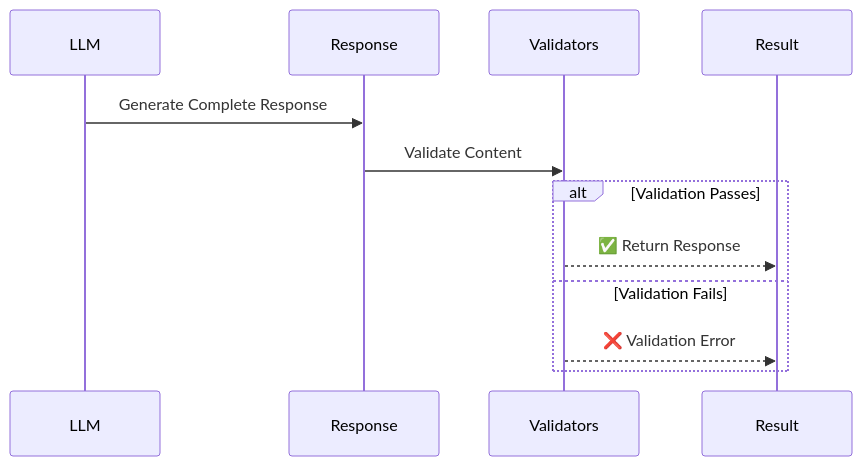
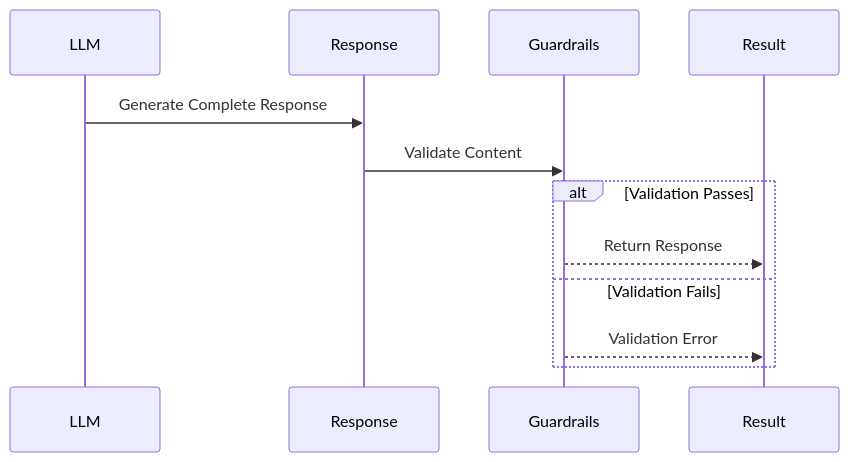
Before and after one commit to AltairaLabs/PromptKit: the second of 4 diagrams in docs/src/content/docs/arena/reference/validators.md, drawn with Mermaid. The commit also changed other lines of this file and 9 other files, not shown here.

First line of the commit message:
docs: unify assertions/validators/guardrails/evals into single checks reference

````diff
--- a/docs/src/content/docs/arena/reference/validators.md
+++ b/docs/src/content/docs/arena/reference/validators.md
@@ -47,16 +47,16 @@
 ```mermaid
 sequenceDiagram
     participant LLM
     participant Response
-    participant Validators
+    participant Guardrails
     participant Result
 
     LLM->>Response: Generate Complete Response
-    Response->>Validators: Validate Content
+    Response->>Guardrails: Validate Content
 
     alt Validation Passes
-        Validators-->>Result: ✅ Return Response
+        Guardrails-->>Result: Return Response
     else Validation Fails
-        Validators-->>Result: ❌ Validation Error
+        Guardrails-->>Result: Validation Error
     end
 ```
````
